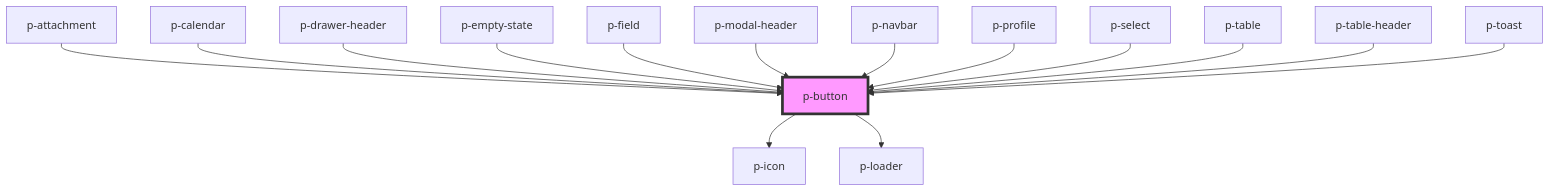
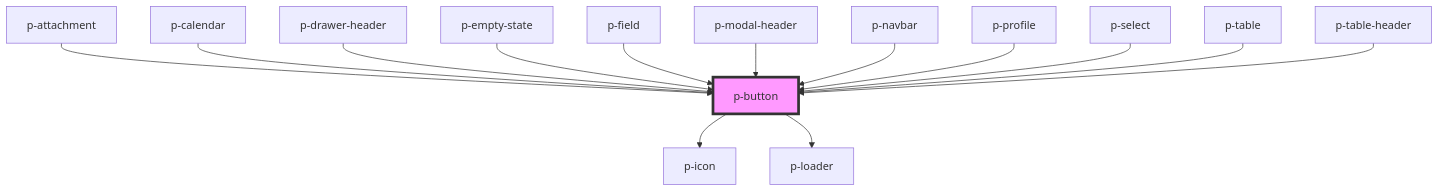
The diagram in packages/core/src/components/molecules/button/readme.md (Employes/Paperless), drawn with Mermaid before and after one commit. The commit also changed other lines of this file and 10 other files, not shown here.

````diff
--- a/packages/core/src/components/molecules/button/readme.md
+++ b/packages/core/src/components/molecules/button/readme.md
@@ -65,18 +64,17 @@
 ```mermaid
 graph TD;
   p-button --> p-icon
   p-button --> p-loader
   p-attachment --> p-button
   p-calendar --> p-button
   p-drawer-header --> p-button
   p-empty-state --> p-button
   p-field --> p-button
   p-modal-header --> p-button
   p-navbar --> p-button
   p-profile --> p-button
   p-select --> p-button
   p-table --> p-button
   p-table-header --> p-button
-  p-toast --> p-button
   style p-button fill:#f9f,stroke:#333,stroke-width:4px
 ```
````
